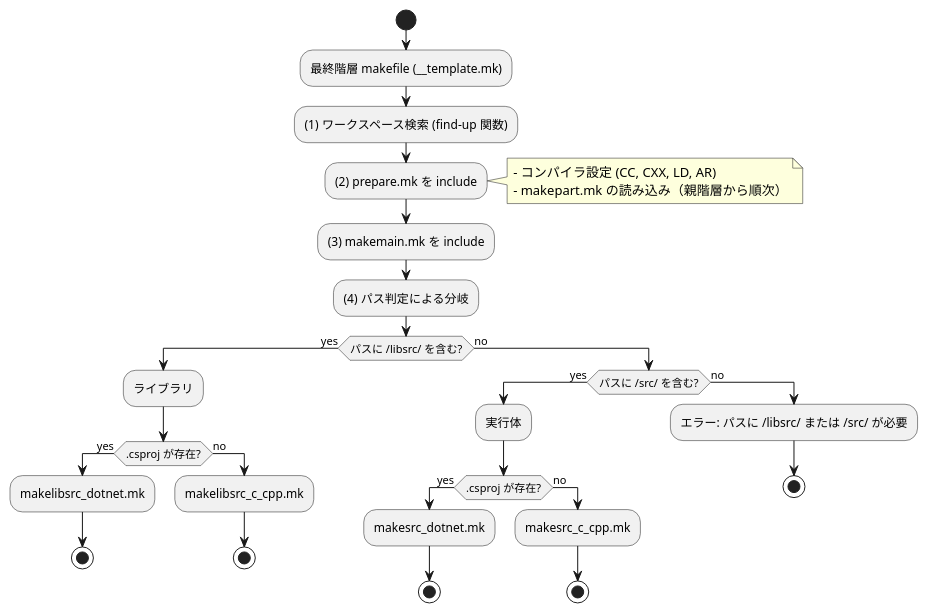
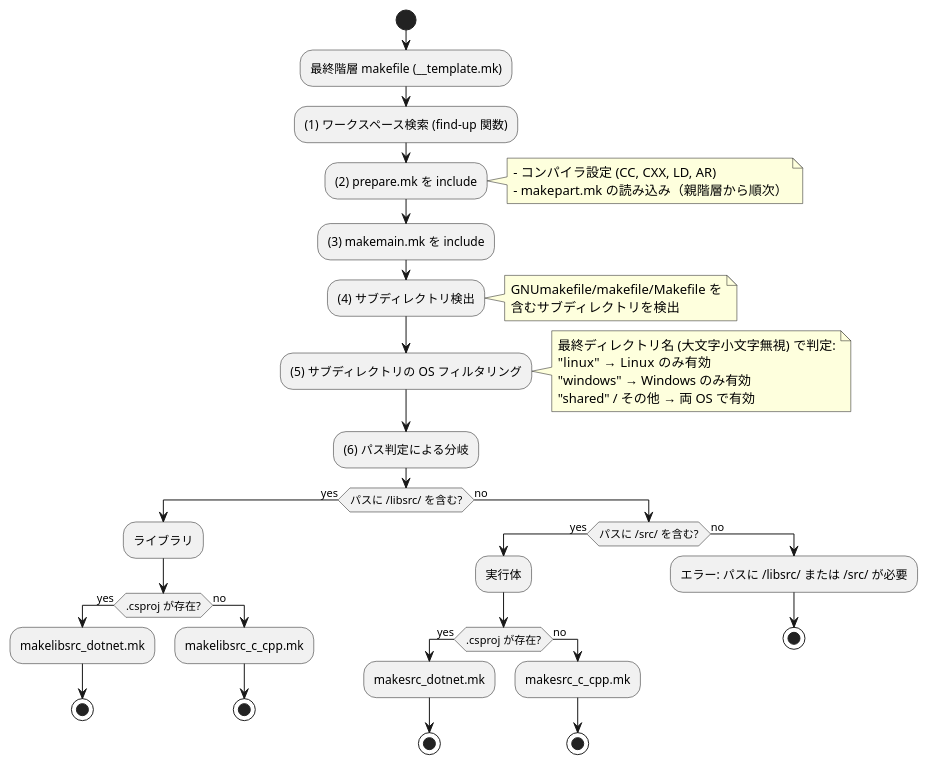
Before and after one commit to Hondarer/make-framework: the diagram in docs-src/template-auto-selection.md, drawn with PlantUML. The commit also changed other lines of this file, not shown here.

````diff
--- a/docs-src/template-auto-selection.md
+++ b/docs-src/template-auto-selection.md
@@ -33,39 +33,51 @@
 ```plantuml
 @startuml
 start
 :最終階層 makefile (__template.mk);
 :(1) ワークスペース検索 (find-up 関数);
 :(2) prepare.mk を include;
 note right
   - コンパイラ設定 (CC, CXX, LD, AR)
   - makepart.mk の読み込み（親階層から順次）
 end note
 :(3) makemain.mk を include;
-:(4) パス判定による分岐;
+:(4) サブディレクトリ検出;
+note right
+  GNUmakefile/makefile/Makefile を
+  含むサブディレクトリを検出
+end note
+:(5) サブディレクトリの OS フィルタリング;
+note right
+  最終ディレクトリ名 (大文字小文字無視) で判定:
+  "linux"   → Linux のみ有効
+  "windows" → Windows のみ有効
+  "shared" / その他 → 両 OS で有効
+end note
+:(6) パス判定による分岐;
 
 if (パスに /libsrc/ を含む?) then (yes)
   :ライブラリ;
   if (.csproj が存在?) then (yes)
     :makelibsrc_dotnet.mk;
     stop
   else (no)
     :makelibsrc_c_cpp.mk;
     stop
   endif
 else (no)
   if (パスに /src/ を含む?) then (yes)
     :実行体;
     if (.csproj が存在?) then (yes)
       :makesrc_dotnet.mk;
       stop
     else (no)
       :makesrc_c_cpp.mk;
       stop
     endif
   else (no)
     :エラー: パスに /libsrc/ または /src/ が必要;
     stop
   endif
 endif
 @enduml
 ```
````
